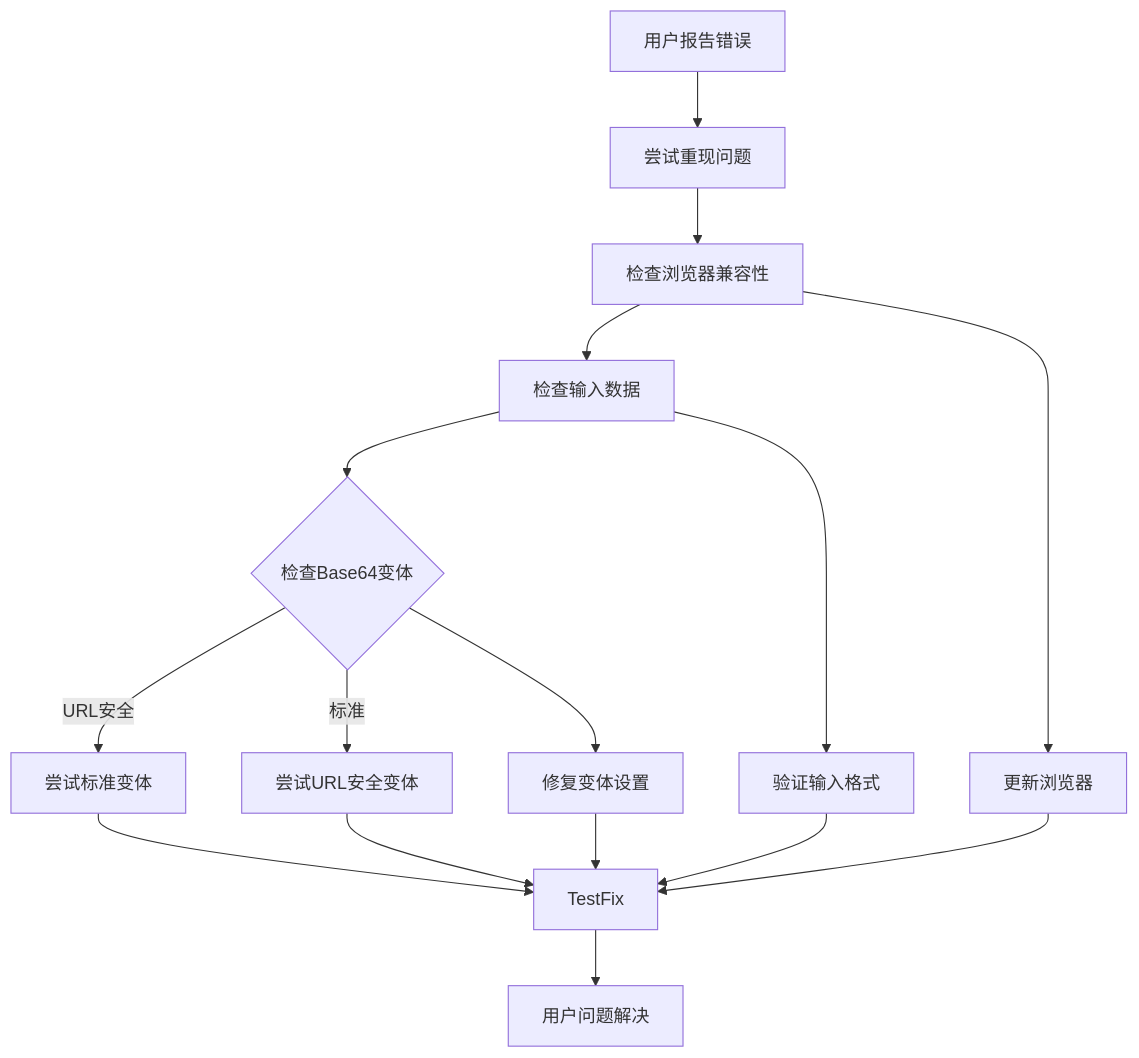
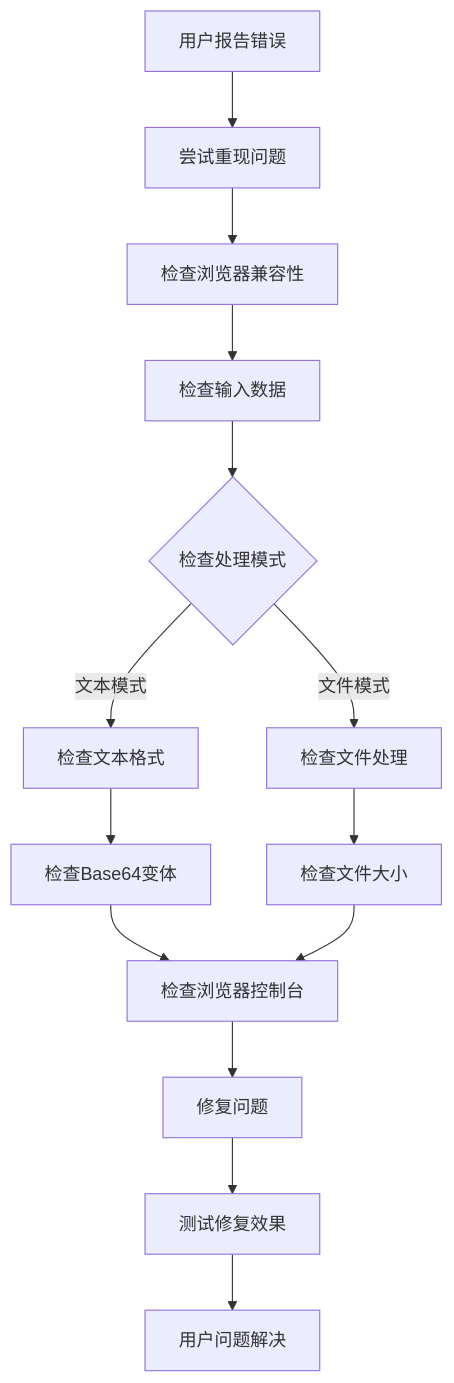
One commit to sgyy/privadeck changed the eighth of 8 diagrams in .qoder/repowiki/zh/content/开发者工具/Base64编码工具.md. Above: the diagram before and after it, drawn with Mermaid. The commit also changed other lines of this file and 23 other files, not shown here.

````diff
--- a/.qoder/repowiki/zh/content/开发者工具/Base64编码工具.md
+++ b/.qoder/repowiki/zh/content/开发者工具/Base64编码工具.md
@@ -624,18 +606,16 @@
 ```mermaid
 flowchart TD
 UserError[用户报告错误] --> Reproduce[尝试重现问题]
 Reproduce --> CheckBrowser[检查浏览器兼容性]
 CheckBrowser --> CheckInput[检查输入数据]
-CheckInput --> CheckVariant{检查Base64变体}
-CheckVariant --> |URL安全| TryStandard[尝试标准变体]
-CheckVariant --> |标准| TryUrlSafe[尝试URL安全变体]
-CheckBrowser --> UpdateBrowser[更新浏览器]
-CheckInput --> ValidateInput[验证输入格式]
-CheckVariant --> FixVariant[修复变体设置]
-TryStandard --> TestFix
-TryUrlSafe --> TestFix
-UpdateBrowser --> TestFix
-ValidateInput --> TestFix
-FixVariant --> TestFix
+CheckInput --> CheckMode{检查处理模式}
+CheckMode --> |文本模式| CheckText[检查文本格式]
+CheckMode --> |文件模式| CheckFile[检查文件处理]
+CheckText --> CheckVariant[检查Base64变体]
+CheckFile --> CheckSize[检查文件大小]
+CheckVariant --> CheckConsole[检查浏览器控制台]
+CheckSize --> CheckConsole
+CheckConsole --> FixIssue[修复问题]
+FixIssue --> TestFix[测试修复效果]
 TestFix --> UserSuccess[用户问题解决]
 ```
````
